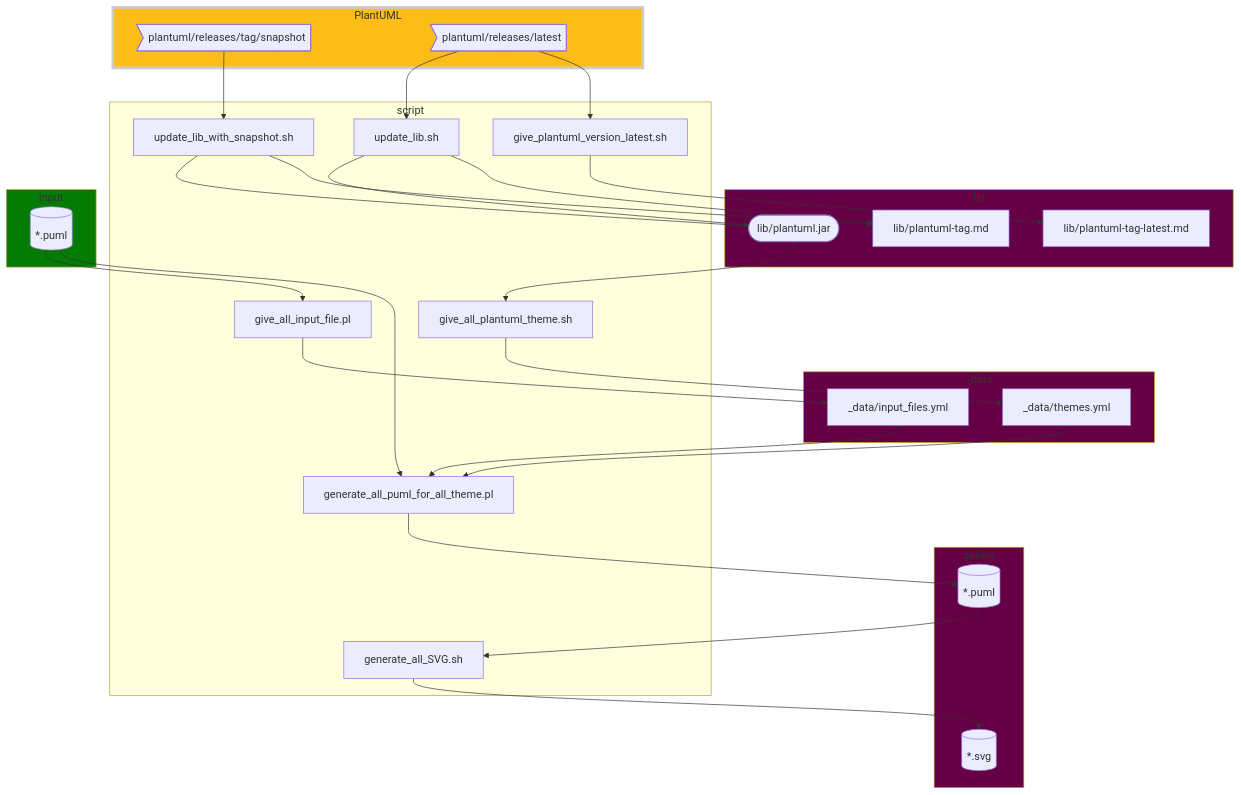
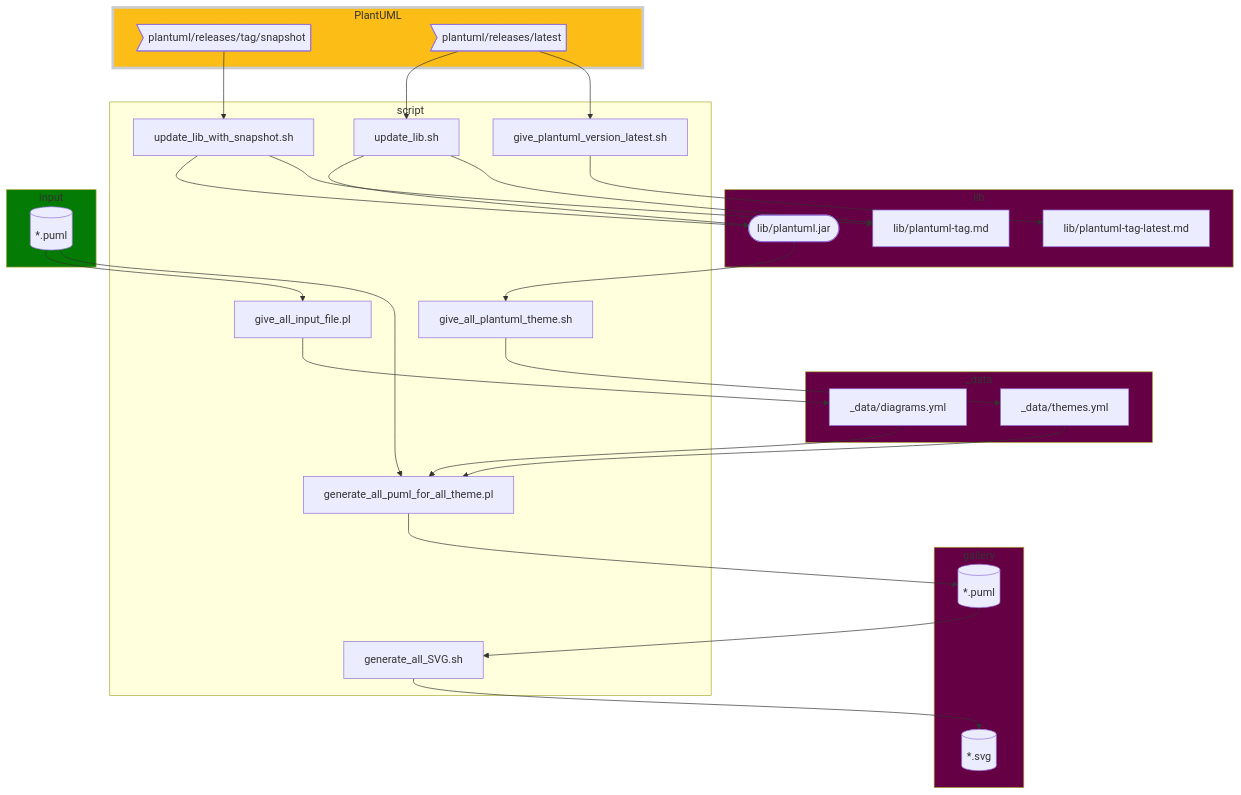
One commit to The-Lum/puml-themes-gallery changed the first of 2 diagrams in script/readme.md. Above: the diagram before and after it, drawn with Mermaid. The commit also changed 3 other files, not shown here.

````diff
--- a/script/readme.md
+++ b/script/readme.md
@@ -3,58 +3,58 @@
 ```mermaid
 flowchart TD
 
 subgraph lib
 b([lib/plantuml.jar])
 vl[lib/plantuml-tag-latest.md]
 v[lib/plantuml-tag.md]
 end
 
 subgraph _data
 at[_data/themes.yml]
-if[_data/input_files.yml]
+if[_data/diagrams.yml]
 end
 
 subgraph gallery
 puml[(*.puml)]
 svg[(*.svg)]
 end
 
 
 subgraph script
 A[update_lib_with_snapshot.sh]
 B[update_lib.sh]
 VL[give_plantuml_version_latest.sh]
 AllTheme[give_all_plantuml_theme.sh]
 giveInput[give_all_input_file.pl]
 genPUML[generate_all_puml_for_all_theme.pl]
 genSVG[generate_all_SVG.sh]
 end
 
 subgraph input
 i[(*.puml)]
 end
 
 
 subgraph PlantUML
 s>plantuml/releases/tag/snapshot]
 r>plantuml/releases/latest]
 end
 style PlantUML fill:#fbbd16,stroke:#ccc,stroke-width:4px
 
 s --> A --> b
 r --> B --> b
 
 r --> VL --> vl
 A & B --> v
 
 b --> AllTheme --> at
 i --> giveInput --> if
 
 puml --> genSVG --> svg
 at & i & if --> genPUML --> puml
 
 style input fill:#047b04
 style lib fill:#660044
 style _data fill:#660044
 style gallery fill:#660044
 ```
````
